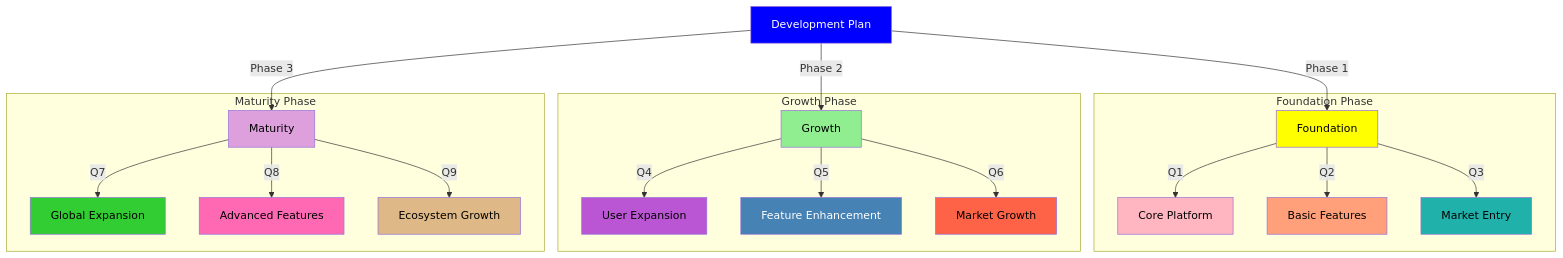
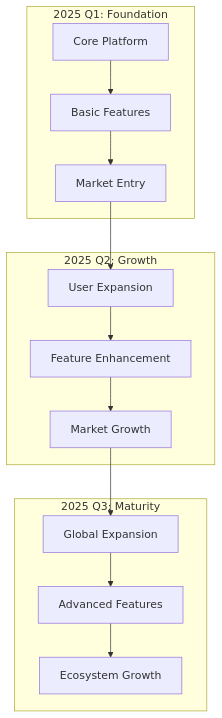
Before and after one commit to MEMEFANS/memefans: the first of 7 diagrams in docs/whitepaper/future-development.md, drawn with Mermaid. The commit also changed other lines of this file and 7 other files, not shown here.

````diff
--- a/docs/whitepaper/future-development.md
+++ b/docs/whitepaper/future-development.md
@@ -5,38 +5,20 @@
-<div class="mermaid">
+```mermaid
 graph TD
-    A[Development Plan] -->|Phase 1| B[Foundation]
-    A -->|Phase 2| C[Growth]
-    A -->|Phase 3| D[Maturity]
-    
-    subgraph Foundation Phase
-    B -->|Q1| E[Core Platform]
-    B -->|Q2| F[Basic Features]
-    B -->|Q3| G[Market Entry]
+    subgraph 2025 Q1: Foundation
+    A1[Core Platform] --> A2[Basic Features]
+    A2 --> A3[Market Entry]
     end
     
-    subgraph Growth Phase
-    C -->|Q4| H[User Expansion]
-    C -->|Q5| I[Feature Enhancement]
-    C -->|Q6| J[Market Growth]
+    subgraph 2025 Q2: Growth
+    B1[User Expansion] --> B2[Feature Enhancement]
+    B2 --> B3[Market Growth]
     end
     
-    subgraph Maturity Phase
-    D -->|Q7| K[Global Expansion]
-    D -->|Q8| L[Advanced Features]
-    D -->|Q9| M[Ecosystem Growth]
+    subgraph 2025 Q3: Maturity
+    C1[Global Expansion] --> C2[Advanced Features]
+    C2 --> C3[Ecosystem Growth]
     end
     
-    style A fill:#0000FF,color:#FFFFFF
-    style B fill:#FFFF00,color:#000000
-    style C fill:#90EE90,color:#000000
-    style D fill:#DDA0DD,color:#000000
-    style E fill:#FFB6C1,color:#000000
-    style F fill:#FFA07A,color:#000000
-    style G fill:#20B2AA,color:#000000
-    style H fill:#BA55D3,color:#000000
-    style I fill:#4682B4,color:#FFFFFF
-    style J fill:#FF6347,color:#000000
-    style K fill:#32CD32,color:#000000
-    style L fill:#FF69B4,color:#000000
-    style M fill:#DEB887,color:#000000
-</div>
+    A3 --> B1
+    B3 --> C1
+```
````
